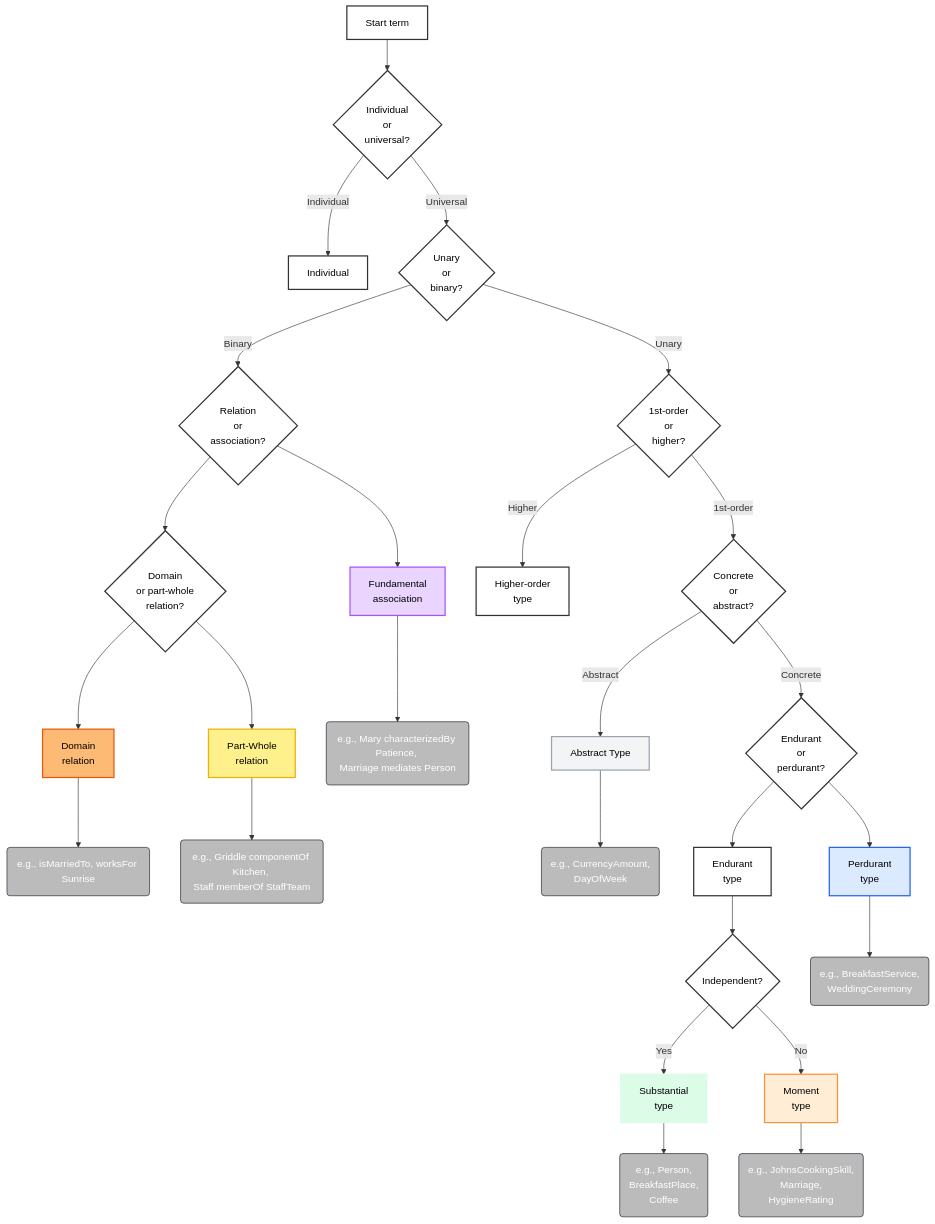
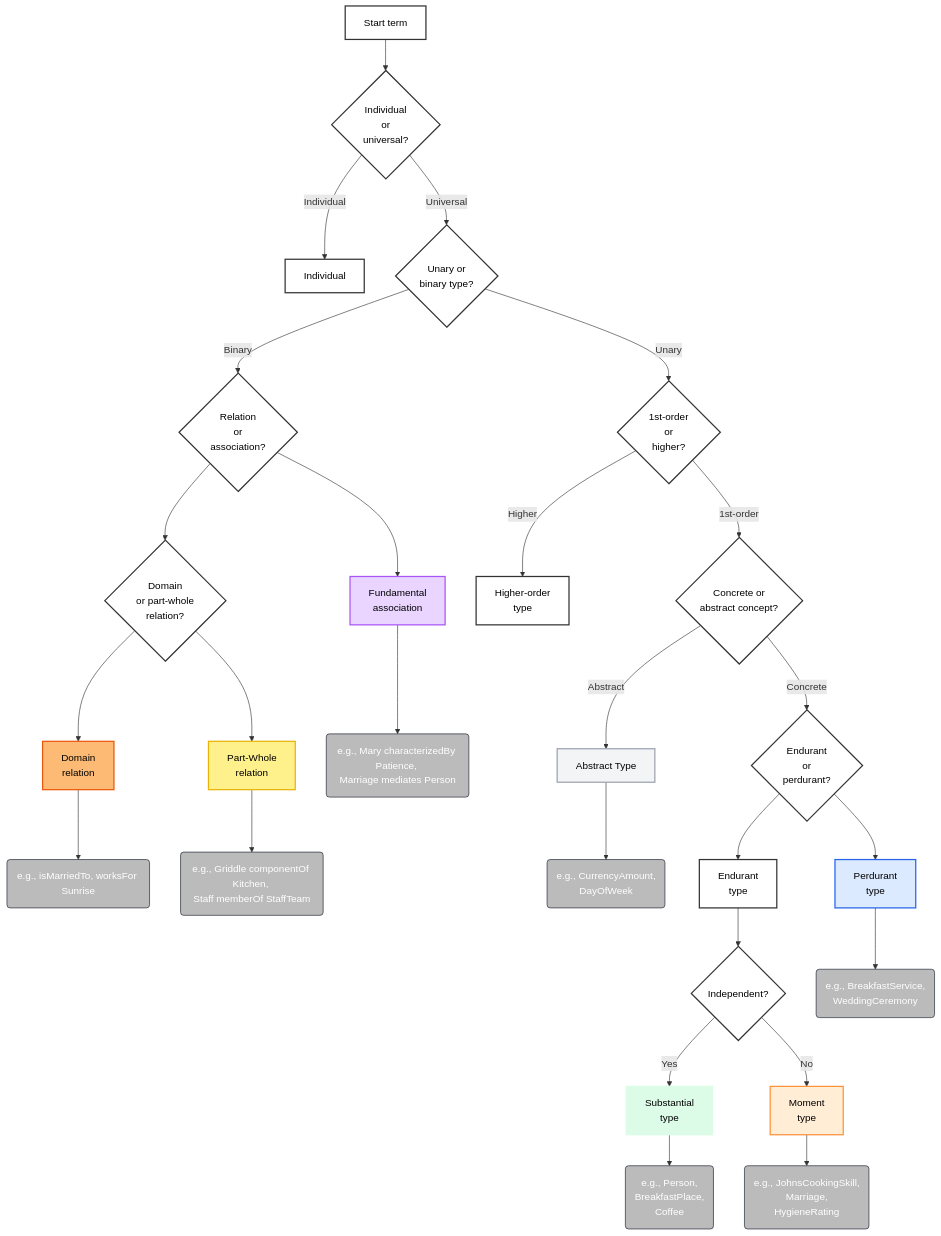
Before and after one commit to spdrnl/UFO-Modeling-Decision-Tree: the diagram in decision-tree/00-Start.mermaid, drawn with Mermaid. The commit also changed 2 other files, not shown here.

```diff
--- a/decision-tree/00-Start.mermaid
+++ b/decision-tree/00-Start.mermaid
@@ -1,75 +1,75 @@
 flowchart TD
     A[Start term] --> B{Individual \nor \nuniversal?}
 
     %% INDIVIDUALS
     B -->|Individual| I[Individual]
 
     %% UNIVERSALS (TYPES)
-    B -->|Universal| T0{Unary \nor \nbinary?}
+    B -->|Universal| T0{Unary or \nbinary type?}
 
     %% TYPES – UNARY (CONCEPTS)
     T0 -->|Unary| U0{1st-order \nor \nhigher?}
     T0 -->|Binary| R0{"Relation\nor\nassociation?"}
 
     R0 --> TR1{"Domain \nor part-whole \nrelation?"}
     TR1 --> TDR[Domain \nrelation]
     TR1 --> TPW[Part-Whole \nrelation]
     R0 --> TFA[Fundamental \nassociation]
 
     TDR --> TDR_ex("e.g., isMarriedTo, worksFor Sunrise"):::example
     TPW --> TPW_ex("e.g., Griddle componentOf Kitchen, \nStaff memberOf StaffTeam"):::example
     TFA --> TFA_ex("e.g., Mary characterizedBy Patience, \nMarriage mediates Person"):::example
 
     U0 -->|Higher| UH[Higher-order \ntype]
-    U0 -->|1st-order| U1{Concrete \nor \nabstract?}
+    U0 -->|1st-order| U1{Concrete or \nabstract concept?}
 
     %% ABSTRACT TYPES
     U1 -->|Abstract| ABST[Abstract Type]
     ABST_ex("e.g., CurrencyAmount, \nDayOfWeek"):::example
     ABST --> ABST_ex
 
     %% CONCRETE TYPES
     U1 -->|Concrete| C0{Endurant \nor \nperdurant?}
 
     C0 --> E0[Endurant \ntype]
     C0 --> P0[Perdurant \ntype]
 
     E0 --> E1{Independent?}
     E1 -->|Yes| S0[Substantial \ntype]
     E1 -->|No| M0[Moment \ntype]
 
     %% EXAMPLES
     P0_ex("e.g., BreakfastService,\nWeddingCeremony"):::example
     P0 --> P0_ex
 
     S0_ex("e.g., Person,\nBreakfastPlace,\nCoffee"):::example
     S0 --> S0_ex
 
     M0_ex("e.g., JohnsCookingSkill,\nMarriage,\nHygieneRating"):::example
     M0 --> M0_ex
 
     %% CLASSES
     classDef example fill:#BBBBBB,stroke:#111827,stroke-width:1px,color:#fff;
     classDef generic fill:#ffffff,stroke:#333,stroke-width:2px,color:#000;
     classDef perdurant fill:#dbeafe,stroke:#2563eb,stroke-width:2px,color:#000;
     classDef substantial fill:#dcfce7,stroke:#dcfce7,stroke-width:2px,color:#000;
     classDef intrinsic fill:#ffedd5,stroke:#fb923c,stroke-width:2px,color:#000;
     classDef relator fill:#fdba74,stroke:#ea580c,stroke-width:2px,color:#000;
     classDef meronymic fill:#fef08a,stroke:#eab308,stroke-width:2px,color:#000;
     classDef fundamental fill:#e9d5ff,stroke:#a855f7,stroke-width:2px,color:#000;
     classDef abstract fill:#f3f4f6,stroke:#9ca3af,stroke-width:2px,color:#000;
 
     %% universal branch class assignments
     class TFA fundamental;
     class TPW meronymic;
     class TDR relator;
 
     %% generic / neutral nodes
     class A,B,T0,U0,U1,UH,E0,E1,R0,TR1,C0 generic;
     class I generic;
 
     %% leaf colors
     class P0 perdurant;
     class S0 substantial;
     class M0 intrinsic;
     class ABST abstract;
```
